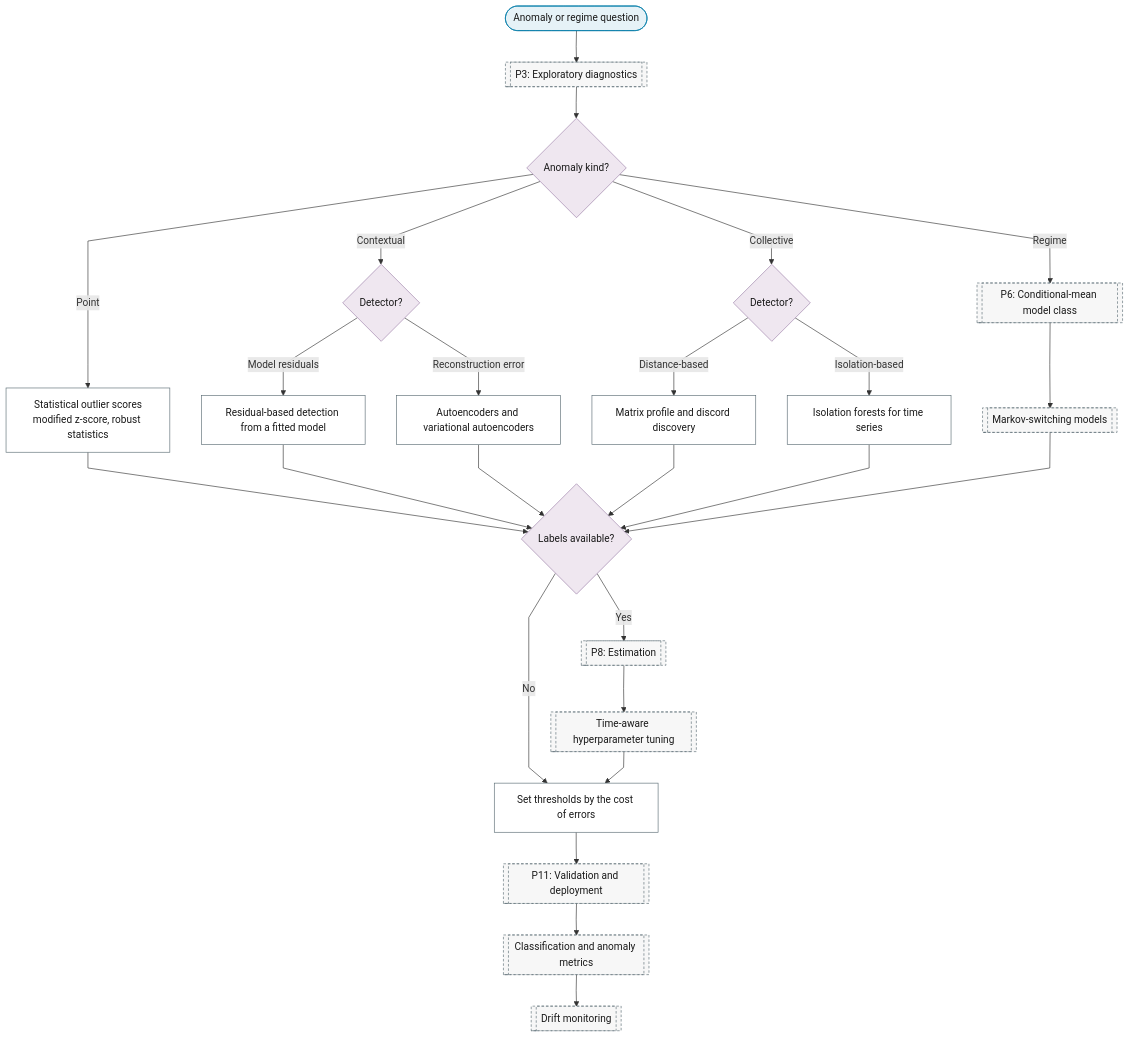
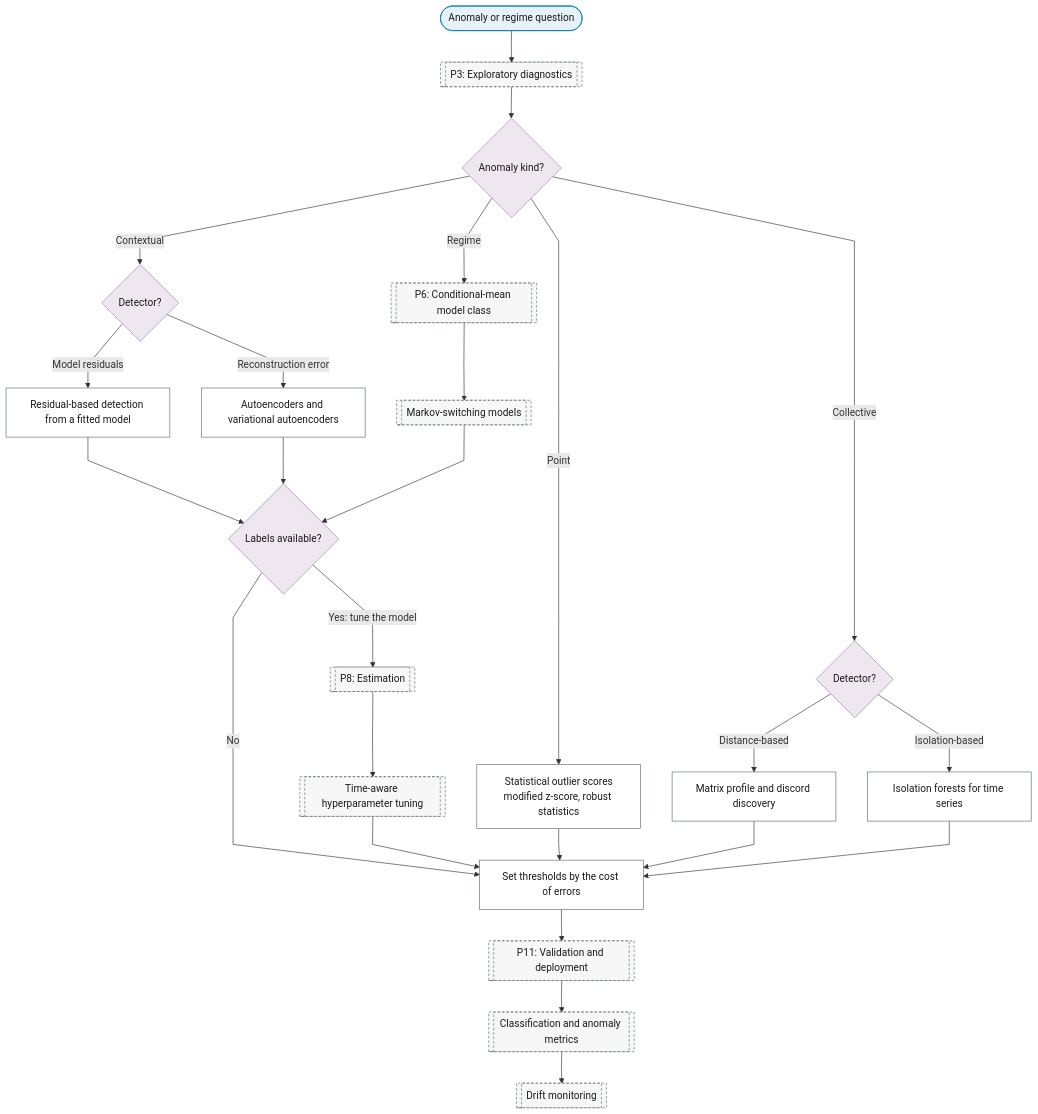
One commit to Shuxin-Y/time-series-analysis-manual changed the diagram in docs/01-workflow/p02-purpose/05-anomaly-regime-detection.md. Above: the diagram before and after it, drawn with Mermaid. The commit also changed 6 other files, not shown here.

First line of the commit message:
fix(flowchart): P6 asks whether a conditional-mean model is the deliverable; no-model paths skip P6 to P9 (rev1 R2-1)

````diff
--- a/docs/01-workflow/p02-purpose/05-anomaly-regime-detection.md
+++ b/docs/01-workflow/p02-purpose/05-anomaly-regime-detection.md
@@ -7,36 +7,36 @@
 ```mermaid
 %%{init: {"flowchart": {"curve": "linear"}}}%%
 graph TD
     P2_AN_IN(["Anomaly or regime question"]) --> P3[["P3: Exploratory diagnostics"]]
     P3 --> P2_AN_KIND{"Anomaly kind?"}
     P2_AN_KIND -->|"Point"| P2_AN_STATISTICAL["Statistical outlier scores<br/>modified z-score, robust statistics"]
     P2_AN_KIND -->|"Contextual"| P2_AN_CONTEXT{"Detector?"}
     P2_AN_KIND -->|"Collective"| P2_AN_COLLECTIVE{"Detector?"}
     P2_AN_KIND -->|"Regime"| P6[["P6: Conditional-mean model class"]]
     P6 --> P6_MARKOV_SWITCHING[["Markov-switching models"]]
     P2_AN_CONTEXT -->|"Model residuals"| P2_AN_RESIDUAL["Residual-based detection from a fitted model"]
     P2_AN_CONTEXT -->|"Reconstruction error"| P2_AN_AUTOENCODER["Autoencoders and variational autoencoders"]
     P2_AN_COLLECTIVE -->|"Distance-based"| P2_AN_MATRIX_PROFILE["Matrix profile and discord discovery"]
     P2_AN_COLLECTIVE -->|"Isolation-based"| P2_AN_ISOLATION_FOREST["Isolation forests for time series"]
-    P2_AN_STATISTICAL & P2_AN_RESIDUAL & P2_AN_AUTOENCODER --> P2_AN_LABELS
-    P2_AN_MATRIX_PROFILE & P2_AN_ISOLATION_FOREST & P6_MARKOV_SWITCHING --> P2_AN_LABELS{"Labels available?"}
-    P2_AN_LABELS -->|"Yes"| P8[["P8: Estimation"]]
+    P2_AN_RESIDUAL & P2_AN_AUTOENCODER & P6_MARKOV_SWITCHING --> P2_AN_LABELS{"Labels available?"}
+    P2_AN_LABELS -->|"Yes: tune the model"| P8[["P8: Estimation"]]
     P2_AN_LABELS -->|"No"| P2_AN_THRESHOLD
     P8 --> P8_HYPERPARAMETERS[["Time-aware hyperparameter tuning"]]
     P8_HYPERPARAMETERS --> P2_AN_THRESHOLD["Set thresholds by the cost of errors"]
+    P2_AN_STATISTICAL & P2_AN_MATRIX_PROFILE & P2_AN_ISOLATION_FOREST --> P2_AN_THRESHOLD
     P2_AN_THRESHOLD --> P11[["P11: Validation and deployment"]]
     P11 --> P11_CLASSIFICATION_METRICS[["Classification and anomaly metrics"]]
     P11_CLASSIFICATION_METRICS --> P11_DRIFT_MONITORING[["Drift monitoring"]]
     class P2_AN_IN terminator
     class P2_AN_KIND,P2_AN_CONTEXT,P2_AN_COLLECTIVE,P2_AN_LABELS decision
     class P2_AN_STATISTICAL,P2_AN_RESIDUAL,P2_AN_AUTOENCODER,P2_AN_MATRIX_PROFILE,P2_AN_ISOLATION_FOREST,P2_AN_THRESHOLD process
     class P3,P6,P6_MARKOV_SWITCHING,P8,P8_HYPERPARAMETERS,P11,P11_CLASSIFICATION_METRICS,P11_DRIFT_MONITORING ref
     classDef terminator fill:#E6F2F7,stroke:#007BA7,color:#1A1A1A;
     classDef process fill:#FFFFFF,stroke:#5A6B73,color:#1A1A1A;
     classDef decision fill:#EFE7F0,stroke:#9B7FA7,color:#1A1A1A;
     classDef data fill:#FFF4E0,stroke:#C9A55E,color:#1A1A1A;
     classDef good fill:#DCEFD8,stroke:#4A7A3F,color:#1A1A1A;
     classDef escalate fill:#FFE9C2,stroke:#C9A55E,color:#1A1A1A;
     classDef problem fill:#F2D9DE,stroke:#800020,color:#1A1A1A;
     classDef ref fill:#F7F7F7,stroke:#5A6B73,color:#1A1A1A,stroke-dasharray:4 3;
 ```
````
